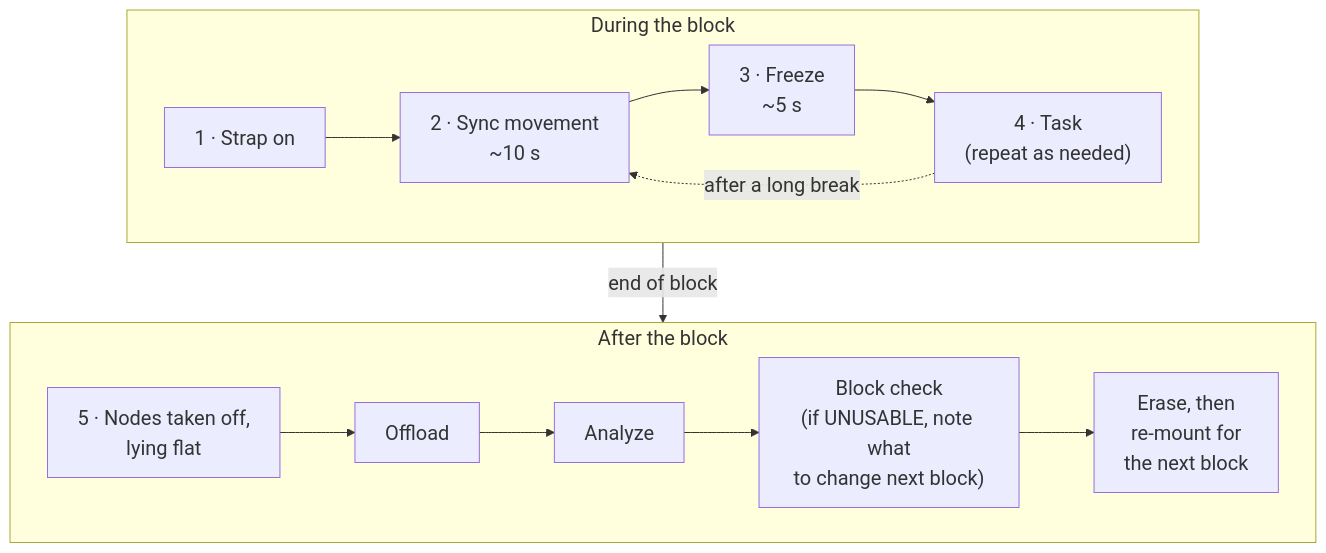
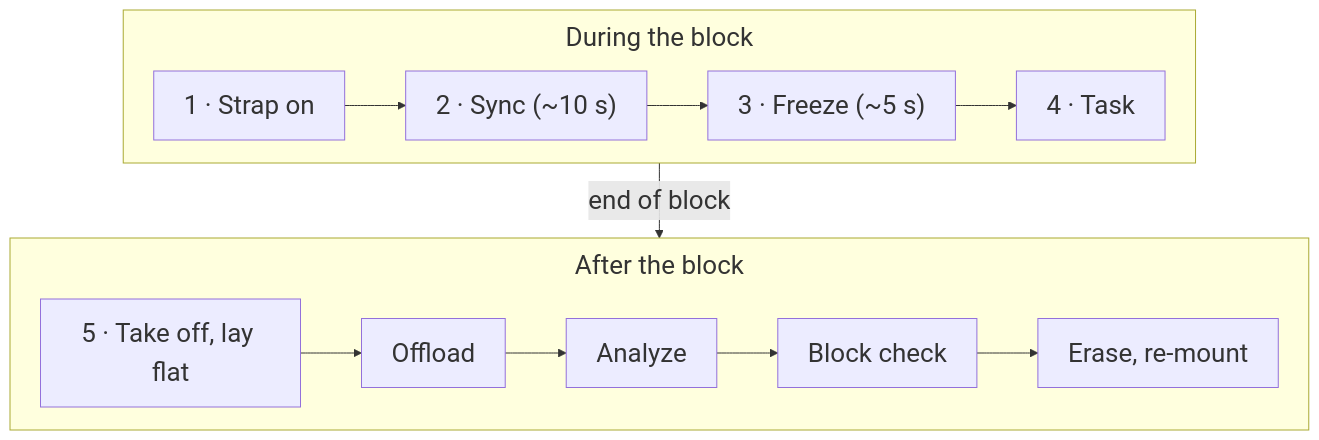
The second of 3 diagrams in docs/SOP.md (Jamie215/HULC_motionshirt), drawn with Mermaid before and after one commit. The commit also changed other lines of this file and 2 other files, not shown here.

````diff
--- a/docs/SOP.md
+++ b/docs/SOP.md
@@ -387,14 +386,13 @@
 ```mermaid
-%%{init: {"themeVariables": {"fontSize": "20px"}}}%%
+%%{init: {"themeVariables": {"fontSize": "26px"}, "flowchart": {"nodeSpacing": 26, "rankSpacing": 36, "subGraphTitleMargin": {"top": 8, "bottom": 30}}}}%%
 flowchart TB
     subgraph B["During the block"]
         direction LR
-        S["1 · Strap on"] --> Y["2 · Sync movement<br/>~10 s"] --> F["3 · Freeze<br/>~5 s"] --> T["4 · Task<br/>(repeat as needed)"]
-        T -. "after a long break" .-> Y
+        S["1 · Strap on"] --> Y["2 · Sync (~10 s)"] --> F["3 · Freeze (~5 s)"] --> T["4 · Task"]
     end
     subgraph CH["After the block"]
         direction LR
-        O["5 · Nodes taken off,<br/>lying flat"] --> OF["Offload"] --> A["Analyze"] --> C["Block check<br/>(if UNUSABLE, note what<br/>to change next block)"] --> E["Erase, then<br/>re-mount for<br/>the next block"]
+        O["5 · Take off, lay flat"] --> OF["Offload"] --> A["Analyze"] --> C["Block check"] --> E["Erase, re-mount"]
     end
     B -- "end of block" --> CH
 ```
````
